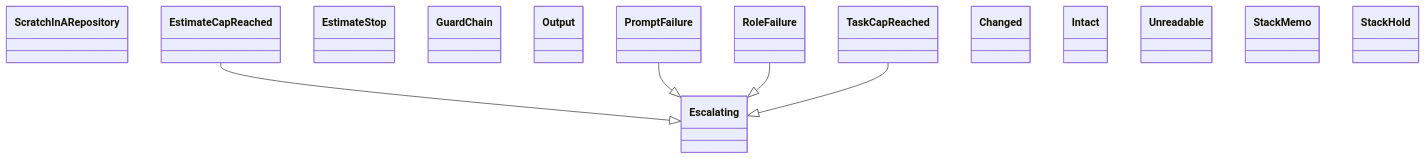
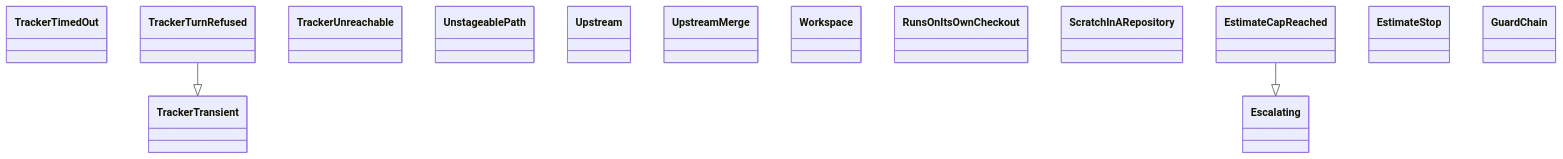
The diagram in docs/architecture/generated/classes-process-application-support-8.md (GonzaloZevallos/agentic-system), drawn with Mermaid before and after one commit. The commit also changed other lines of this file and 58 other files, not shown here.

Commit message:
Docs: regenerate the architecture pages for the board_schema module

````diff
--- a/docs/architecture/generated/classes-process-application-support-8.md
+++ b/docs/architecture/generated/classes-process-application-support-8.md
@@ -20,21 +21,19 @@
 ```mermaid
 classDiagram
+    class ports__TrackerTimedOut["TrackerTimedOut"]
+    class ports__TrackerTransient["TrackerTransient"]
+    class ports__TrackerTurnRefused["TrackerTurnRefused"]
+    class ports__TrackerUnreachable["TrackerUnreachable"]
+    class ports__UnstageablePath["UnstageablePath"]
+    class ports__Upstream["Upstream"]
+    class ports__UpstreamMerge["UpstreamMerge"]
+    class ports__Workspace["Workspace"]
+    class preflight__RunsOnItsOwnCheckout["RunsOnItsOwnCheckout"]
     class preflight__ScratchInARepository["ScratchInARepository"]
     class run_role__Escalating["Escalating"]
     class run_role__EstimateCapReached["EstimateCapReached"]
     class run_role__EstimateStop["EstimateStop"]
     class run_role__GuardChain["GuardChain"]
-    class run_role__Output["Output"]
-    class run_role__PromptFailure["PromptFailure"]
-    class run_role__RoleFailure["RoleFailure"]
-    class run_role__TaskCapReached["TaskCapReached"]
-    class spec_guard__Changed["Changed"]
-    class spec_guard__Intact["Intact"]
-    class spec_guard__Unreadable["Unreadable"]
-    class stack_facts__StackMemo["StackMemo"]
-    class stack_hold__StackHold["StackHold"]
+    ports__TrackerTurnRefused --|> ports__TrackerTransient
     run_role__EstimateCapReached --|> run_role__Escalating
-    run_role__PromptFailure --|> run_role__Escalating
-    run_role__RoleFailure --|> run_role__Escalating
-    run_role__TaskCapReached --|> run_role__Escalating
 ```
````
